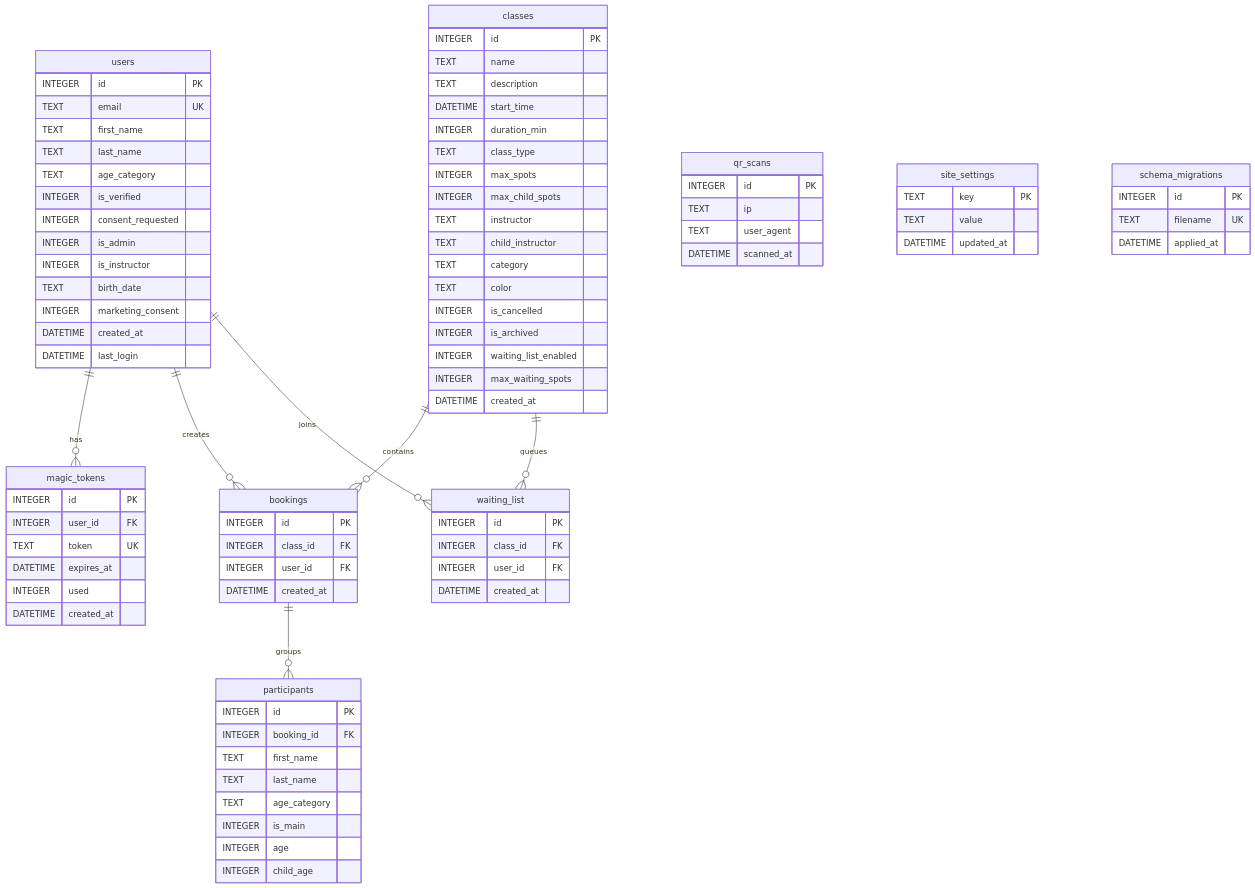
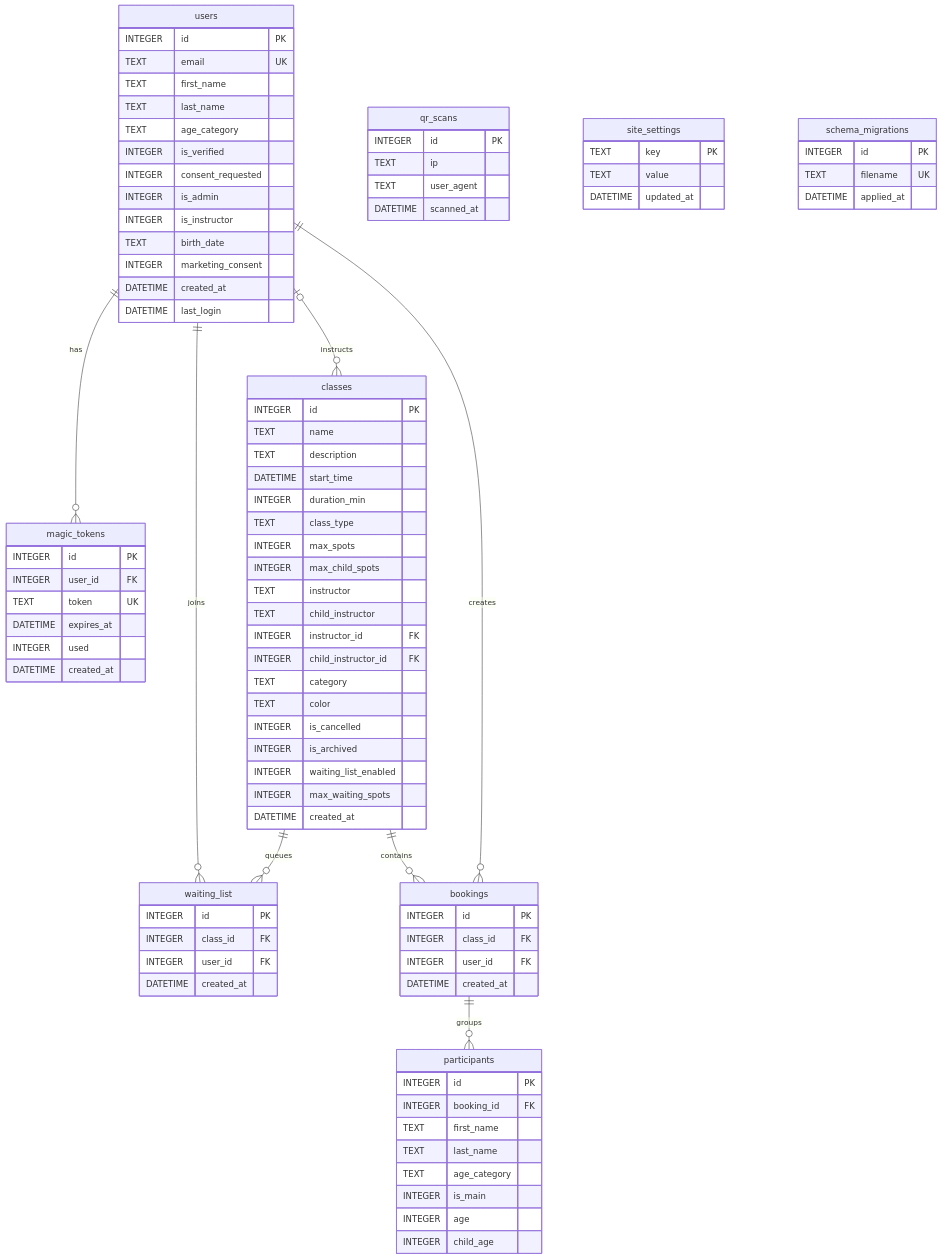
The second of 2 diagrams in README.md (prod-explore/climbing-booking), drawn with Mermaid before and after one commit. The commit also changed other lines of this file, not shown here.

Commit message:
docs: instructor accounts per class in the ERD and migrations, drop the first-name limitation

````diff
--- a/README.md
+++ b/README.md
@@ -119,6 +119,8 @@
         INTEGER max_child_spots
         TEXT instructor
         TEXT child_instructor
+        INTEGER instructor_id FK
+        INTEGER child_instructor_id FK
         TEXT category
         TEXT color
         INTEGER is_cancelled
@@ -172,4 +174,5 @@
     bookings ||--o{ participants : "groups"
     classes ||--o{ waiting_list : "queues"
     users ||--o{ waiting_list  : "joins"
+    users |o--o{ classes       : "instructs"
 ```
````
